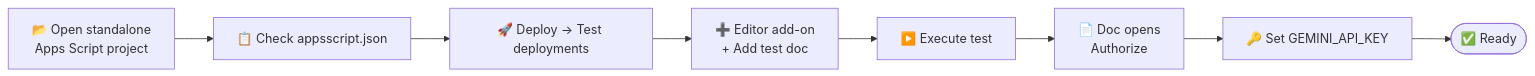
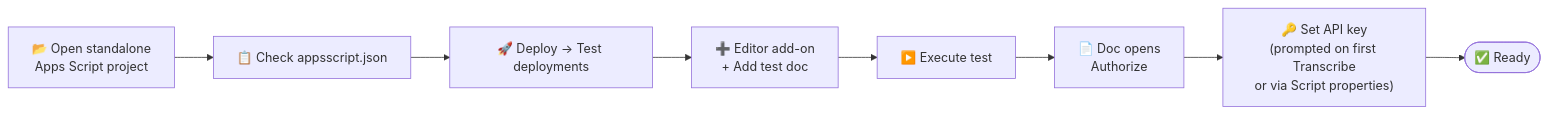
The second of 4 diagrams in docs/INSTALLATION.md (dekochka/geneascript-gdoc-addon), drawn with Mermaid before and after one commit. The commit also changed other lines of this file and 7 other files, not shown here.

First line of the commit message:
feat: in-flow API key setup, multi-part response fix, UX improvements

````diff
--- a/docs/INSTALLATION.md
+++ b/docs/INSTALLATION.md
@@ -43,10 +43,10 @@
 ```mermaid
 flowchart LR
   A[📂 Open standalone<br/>Apps Script project] --> B[📋 Check appsscript.json]
   B --> C[🚀 Deploy → Test deployments]
   C --> D[➕ Editor add-on<br/>+ Add test doc]
   D --> E[▶️ Execute test]
   E --> F[📄 Doc opens<br/>Authorize]
-  F --> G[🔑 Set GEMINI_API_KEY]
+  F --> G["🔑 Set API key<br/>(prompted on first Transcribe<br/>or via Script properties)"]
   G --> H([✅ Ready])
 ```
````
